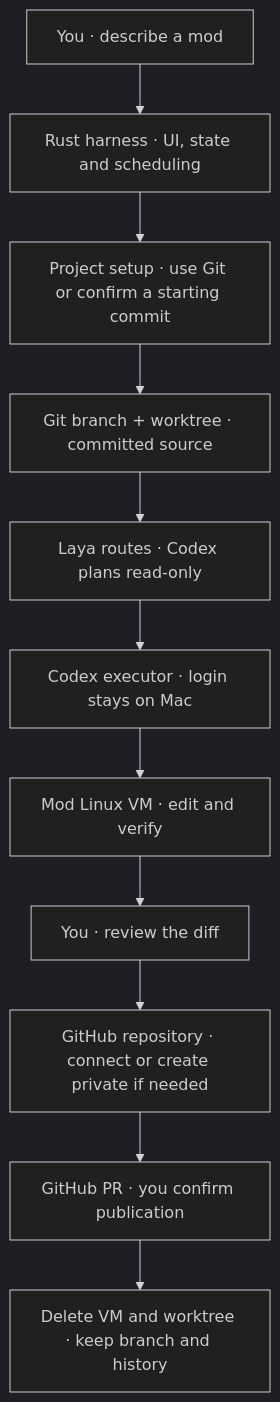
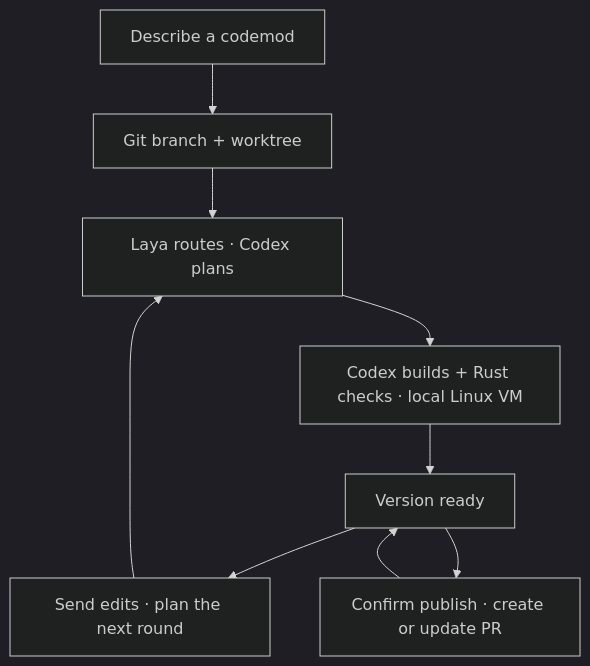
One commit to minimumeffort-dev/sprowt.harness changed the diagram in README.md. Above: the diagram before and after it, drawn with Mermaid (dark theme). The commit also changed other lines of this file and 18 other files, not shown here.

````diff
--- a/README.md
+++ b/README.md
@@ -33,13 +33,11 @@
 ```mermaid
 flowchart TB
-    goal["You · describe a mod"] --> harness["Rust harness · UI, state and scheduling"]
-    harness --> setup["Project setup · use Git or confirm a starting commit"]
-    setup --> worktree["Git branch + worktree · committed source"]
-    worktree --> planner["Laya routes · Codex plans read-only"]
-    planner --> executor["Codex executor · login stays on Mac"]
-    executor --> vm["Mod Linux VM · edit and verify"]
-    vm --> review["You · review the diff"]
-    review --> destination["GitHub repository · connect or create private if needed"]
-    destination --> pr["GitHub PR · you confirm publication"]
-    pr --> cleanup["Delete VM and worktree · keep branch and history"]
+    goal["Describe a codemod"] --> setup["Git branch + worktree"]
+    setup --> planner["Laya routes · Codex plans"]
+    planner --> build["Codex builds + Rust checks · local Linux VM"]
+    build --> ready["Version ready"]
+    ready --> edits["Send edits · plan the next round"]
+    edits --> planner
+    ready --> publish["Confirm publish · create or update PR"]
+    publish --> ready
 ```
````
